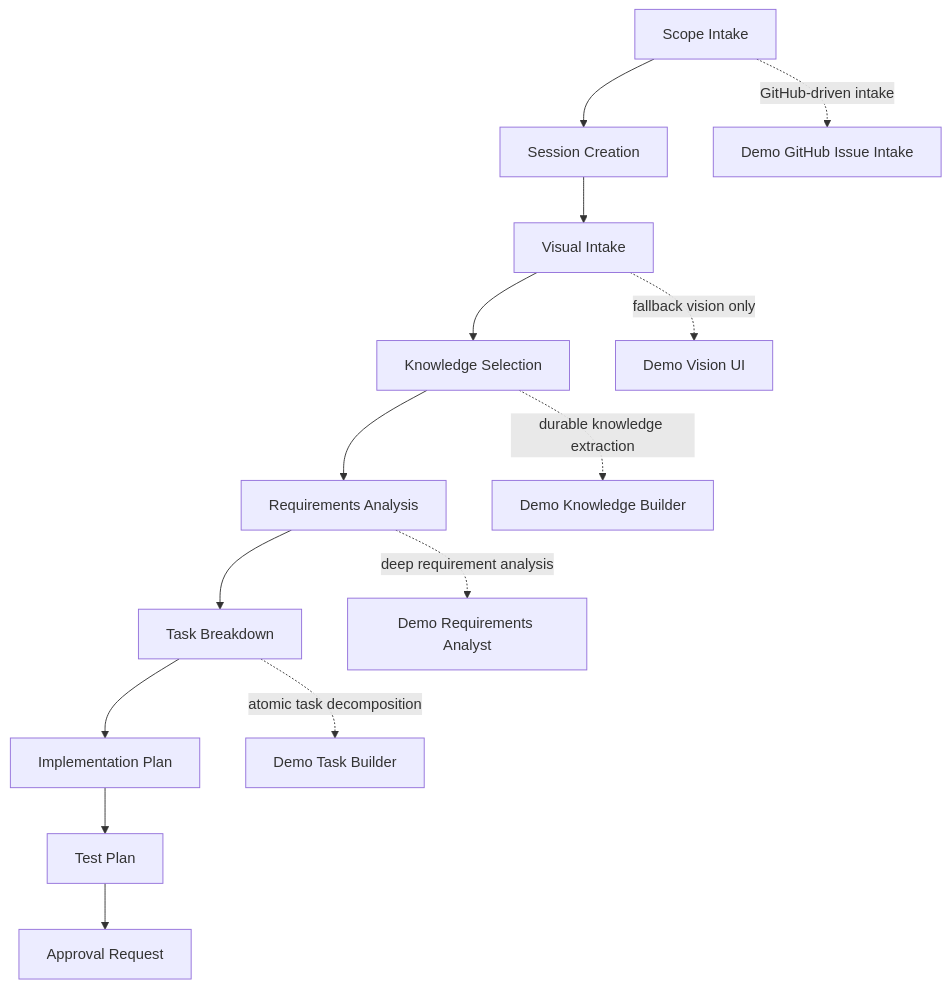
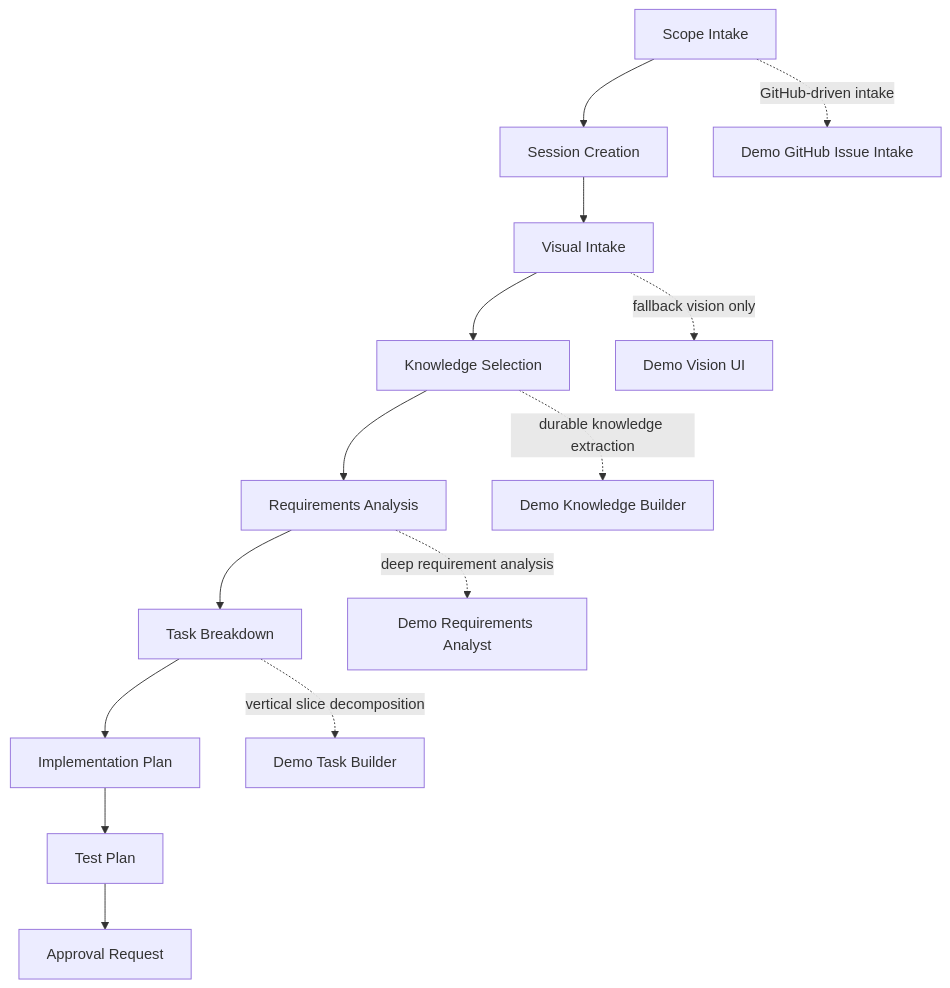
One commit to violabg/serviceDeskDemo changed the first of 5 diagrams in docs/wiki/README.md. Above: the diagram before and after it, drawn with Mermaid. The commit also changed other lines of this file and 3 other files, not shown here.

Commit message:
feat: update task decomposition and demo planning documentation for clarity and consistency

````diff
--- a/docs/wiki/README.md
+++ b/docs/wiki/README.md
@@ -170,20 +170,20 @@
 ```mermaid
 flowchart TD
   P0[Scope Intake]
   P1[Session Creation]
   P2[Visual Intake]
   P3[Knowledge Selection]
   P4[Requirements Analysis]
   P5[Task Breakdown]
   P6[Implementation Plan]
   P7[Test Plan]
   P8[Approval Request]
 
   P0 --> P1 --> P2 --> P3 --> P4 --> P5 --> P6 --> P7 --> P8
 
   P0 -. GitHub-driven intake .-> GI[Demo GitHub Issue Intake]
   P2 -. fallback vision only .-> GV[Demo Vision UI]
   P4 -. deep requirement analysis .-> GR[Demo Requirements Analyst]
-  P5 -. atomic task decomposition .-> GT[Demo Task Builder]
+  P5 -. vertical slice decomposition .-> GT[Demo Task Builder]
   P3 -. durable knowledge extraction .-> GK[Demo Knowledge Builder]
 ```
````
